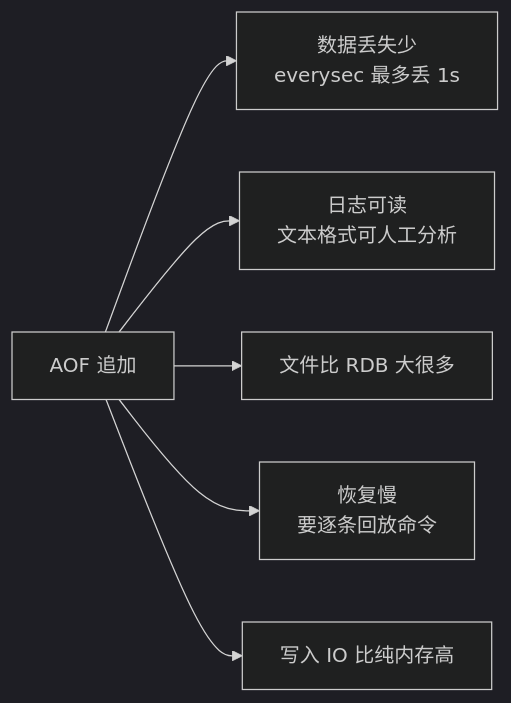
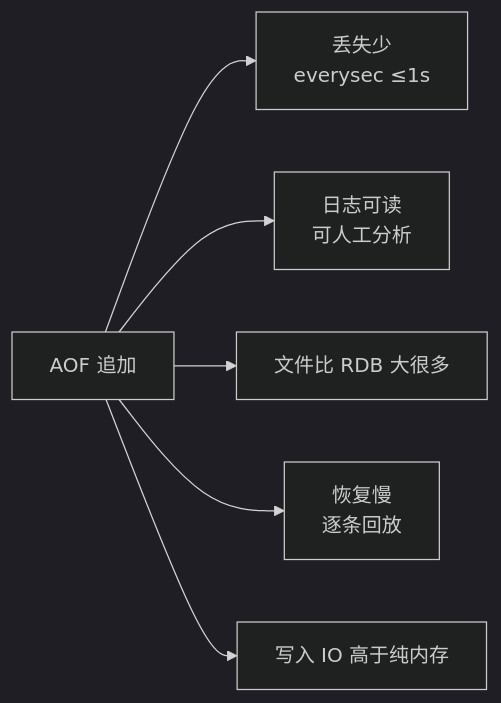
Before and after one commit to ml-cuizijun/LearnToLilith: the fifth of 10 diagrams in 02-中间件与数据库/02-Redis/02-持久化与内存管理/知识点.md, drawn with Mermaid (dark theme). The commit also changed other lines of this file and 178 other files, not shown here.

````diff
--- a/02-中间件与数据库/02-Redis/02-持久化与内存管理/知识点.md
+++ b/02-中间件与数据库/02-Redis/02-持久化与内存管理/知识点.md
@@ -268,8 +269,8 @@
 ```mermaid
 flowchart LR
-    A["AOF 追加"] --> A1["数据丢失少<br/>everysec 最多丢 1s"]
-    A --> A2["日志可读<br/>文本格式可人工分析"]
+    A["AOF 追加"] --> A1["丢失少<br/>everysec ≤1s"]
+    A --> A2["日志可读<br/>可人工分析"]
     A --> B1["文件比 RDB 大很多"]
-    A --> B2["恢复慢<br/>要逐条回放命令"]
-    A --> B3["写入 IO 比纯内存高"]
+    A --> B2["恢复慢<br/>逐条回放"]
+    A --> B3["写入 IO 高于纯内存"]
 ```
````
